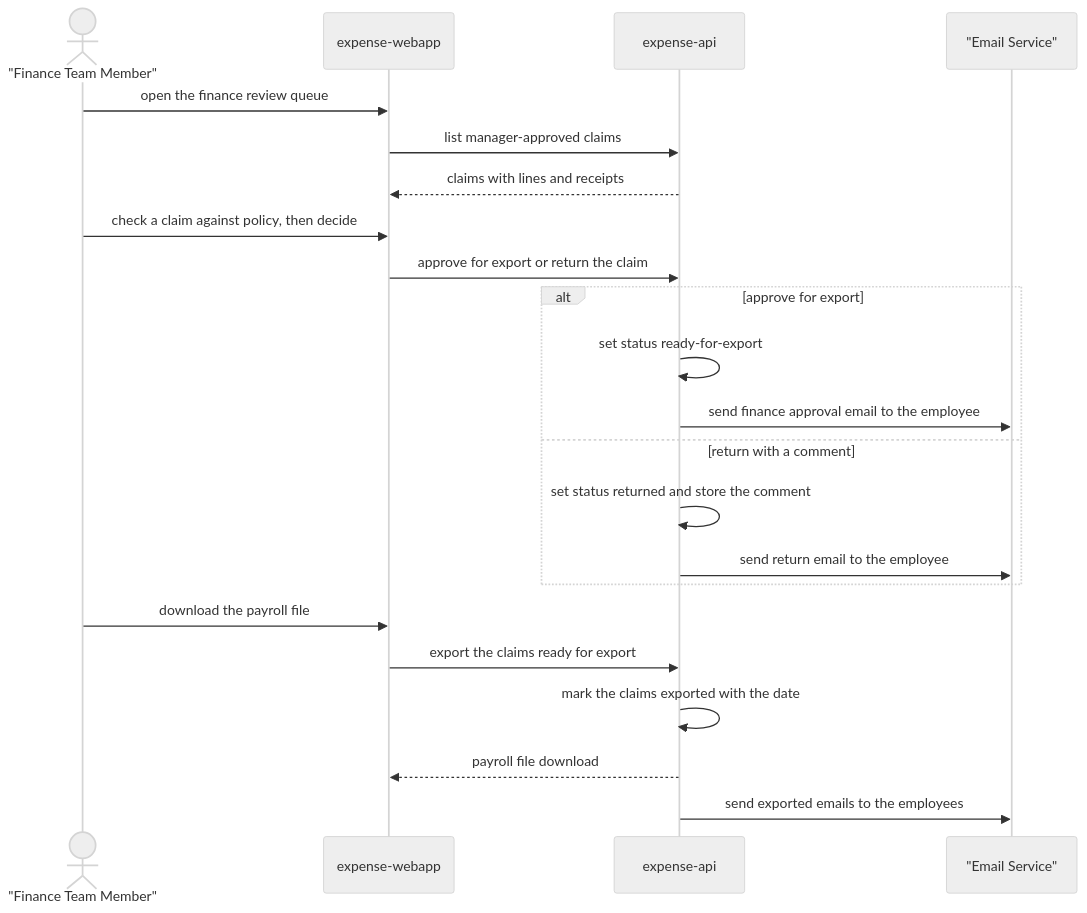
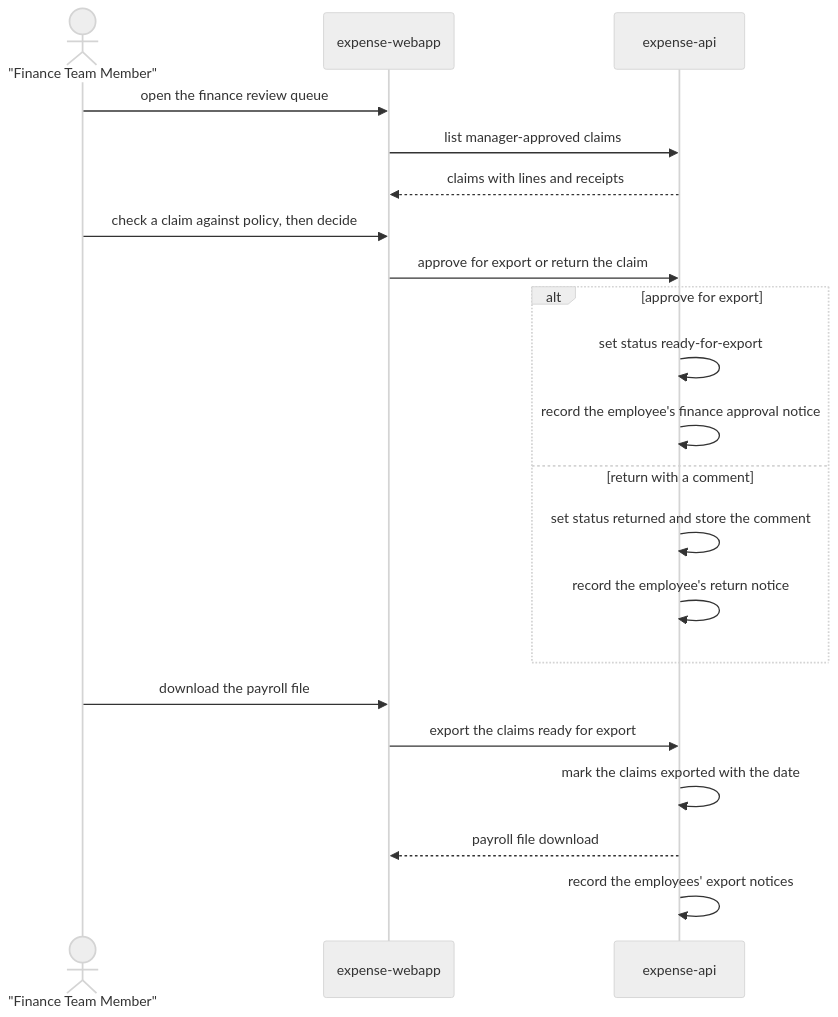
The diagram in specs/design/flows/finance-review-export.md (asdlc-repos/employees-submit-expense23112), drawn with Mermaid (neutral theme) before and after one commit. The commit also changed 12 other files, not shown here.

````diff
--- a/specs/design/flows/finance-review-export.md
+++ b/specs/design/flows/finance-review-export.md
@@ -5,25 +5,24 @@
 ```mermaid
 sequenceDiagram
     actor Finance as "Finance Team Member"
     participant expense-webapp
     participant expense-api
-    participant email as "Email Service"
 
     Finance->>expense-webapp: open the finance review queue
     expense-webapp->>expense-api: list manager-approved claims
     expense-api-->>expense-webapp: claims with lines and receipts
     Finance->>expense-webapp: check a claim against policy, then decide
     expense-webapp->>expense-api: approve for export or return the claim
     alt approve for export
         expense-api->>expense-api: set status ready-for-export
-        expense-api->>email: send finance approval email to the employee
+        expense-api->>expense-api: record the employee's finance approval notice
     else return with a comment
         expense-api->>expense-api: set status returned and store the comment
-        expense-api->>email: send return email to the employee
+        expense-api->>expense-api: record the employee's return notice
     end
     Finance->>expense-webapp: download the payroll file
     expense-webapp->>expense-api: export the claims ready for export
     expense-api->>expense-api: mark the claims exported with the date
     expense-api-->>expense-webapp: payroll file download
-    expense-api->>email: send exported emails to the employees
+    expense-api->>expense-api: record the employees' export notices
 ```
````
